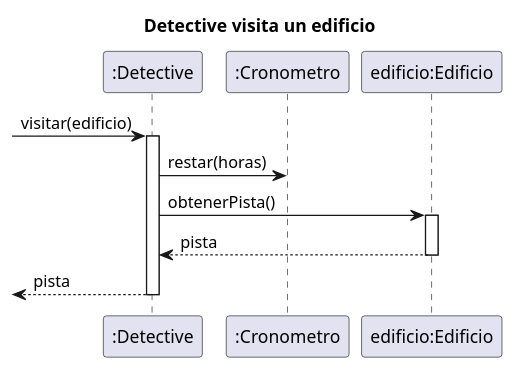
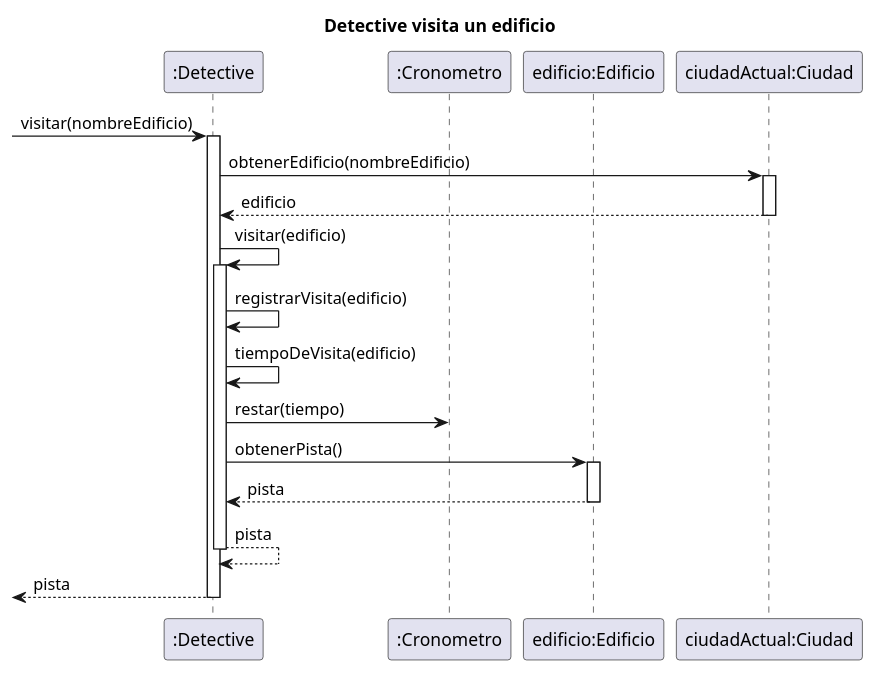
One commit to MegaRedHand/algo-thief changed the diagram in diagrams/sequences/secuencia_visitarEdificio.plantuml. Above: the diagram before and after it, drawn with PlantUML. The commit also changed 2 other files, not shown here.

Commit message:
docs: actualizo el diagrama de secuencia "detective visita edificio"

```diff
--- a/diagrams/sequences/secuencia_visitarEdificio.plantuml
+++ b/diagrams/sequences/secuencia_visitarEdificio.plantuml
@@ -1,18 +1,27 @@
 @startuml
 
 'autonumber
 
 title "Detective visita un edificio"
 participant ":Detective" as detective
 participant ":Cronometro" as cron
 participant "edificio:Edificio" as edificio
+participant "ciudadActual:Ciudad" as ciudad
 
--> detective: visitar(edificio)
+-> detective: visitar(nombreEdificio)
 activate detective
-detective -> cron: restar(horas)
-detective -> edificio: obtenerPista()
-    activate edificio
+detective -> ciudad: obtenerEdificio(nombreEdificio)
+    activate ciudad
+    return edificio
+detective -> detective: visitar(edificio)
+    activate detective
+    detective -> detective: registrarVisita(edificio)
+    detective -> detective: tiempoDeVisita(edificio)
+    detective -> cron: restar(tiempo)
+    detective -> edificio: obtenerPista()
+        activate edificio
+        return pista
     return pista
 return pista
 
 @enduml
```
